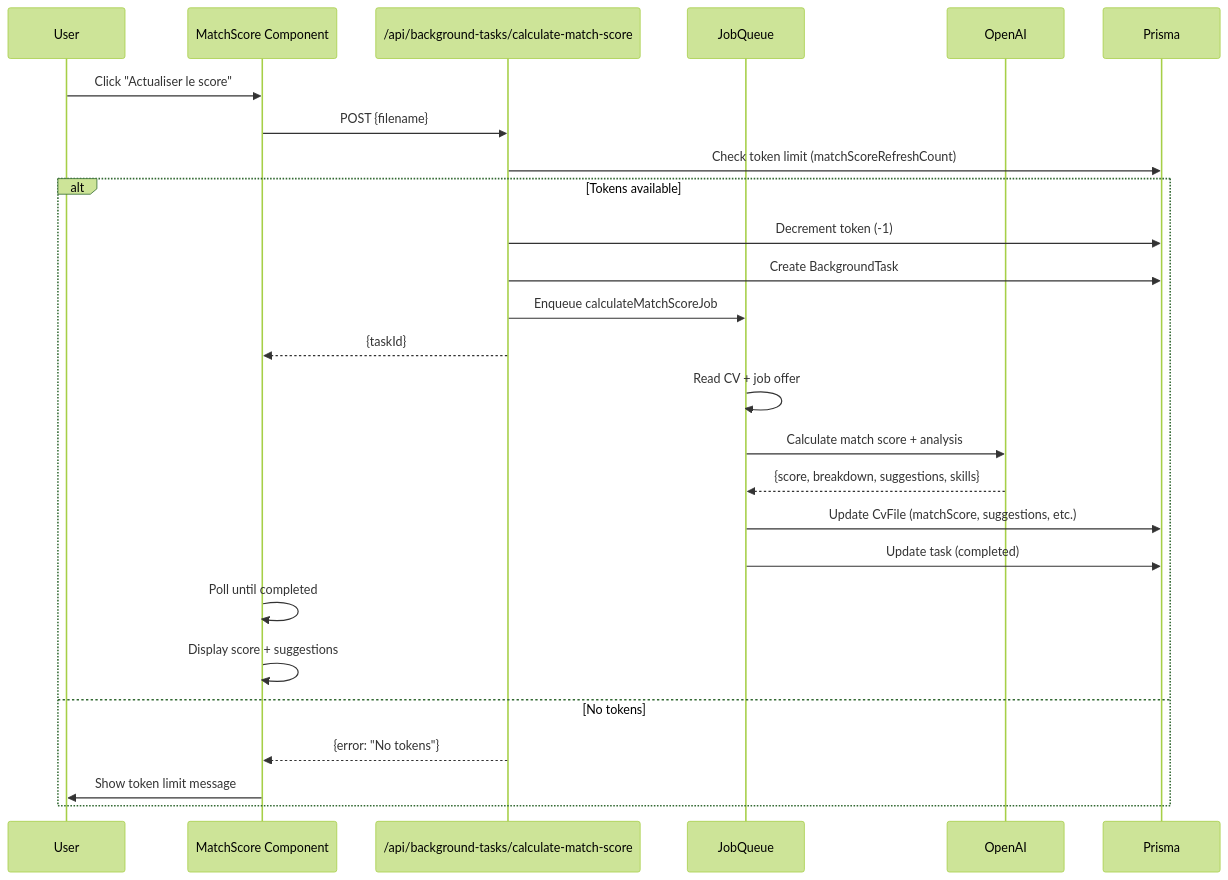
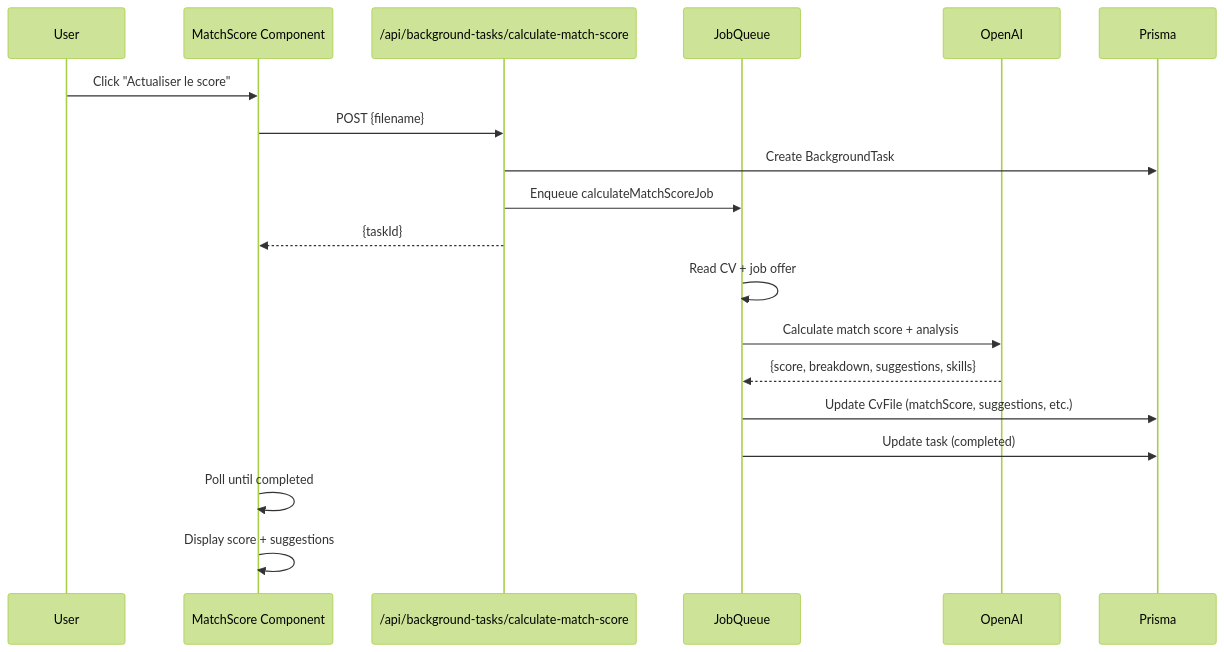
The second of 4 diagrams in docs/ARCHITECTURE.md (CodeGlyphFR/FitMyCV), drawn with Mermaid (forest theme) before and after one commit. The commit also changed 32 other files, not shown here.

````diff
--- a/docs/ARCHITECTURE.md
+++ b/docs/ARCHITECTURE.md
@@ -333,31 +333,24 @@
 ```mermaid
 sequenceDiagram
     participant User
     participant MatchScore as MatchScore Component
     participant API as /api/background-tasks/calculate-match-score
     participant JobQueue
     participant OpenAI
     participant DB as Prisma
 
     User->>MatchScore: Click "Actualiser le score"
     MatchScore->>API: POST {filename}
-    API->>DB: Check token limit (matchScoreRefreshCount)
-    alt Tokens available
-        API->>DB: Decrement token (-1)
-        API->>DB: Create BackgroundTask
-        API->>JobQueue: Enqueue calculateMatchScoreJob
-        API-->>MatchScore: {taskId}
+    API->>DB: Create BackgroundTask
+    API->>JobQueue: Enqueue calculateMatchScoreJob
+    API-->>MatchScore: {taskId}
 
-        JobQueue->>JobQueue: Read CV + job offer
-        JobQueue->>OpenAI: Calculate match score + analysis
-        OpenAI-->>JobQueue: {score, breakdown, suggestions, skills}
-        JobQueue->>DB: Update CvFile (matchScore, suggestions, etc.)
-        JobQueue->>DB: Update task (completed)
+    JobQueue->>JobQueue: Read CV + job offer
+    JobQueue->>OpenAI: Calculate match score + analysis
+    OpenAI-->>JobQueue: {score, breakdown, suggestions, skills}
+    JobQueue->>DB: Update CvFile (matchScore, suggestions, etc.)
+    JobQueue->>DB: Update task (completed)
 
-        MatchScore->>MatchScore: Poll until completed
-        MatchScore->>MatchScore: Display score + suggestions
-    else No tokens
-        API-->>MatchScore: {error: "No tokens"}
-        MatchScore->>User: Show token limit message
-    end
+    MatchScore->>MatchScore: Poll until completed
+    MatchScore->>MatchScore: Display score + suggestions
 ```
````
